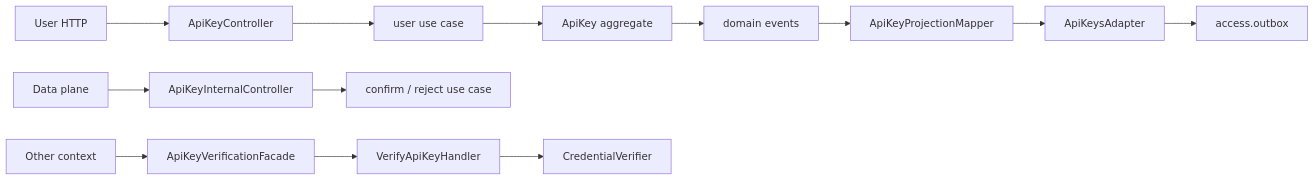
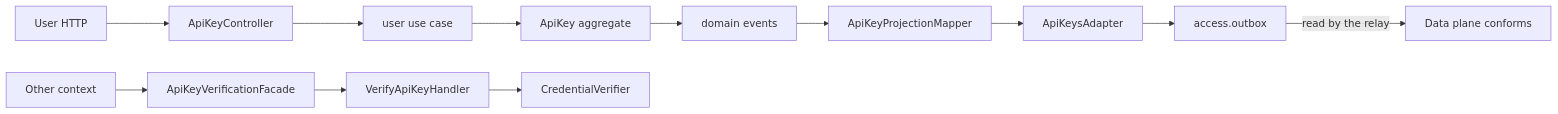
Before and after one commit to Dhiren9939/HQ-Tier0: diagram 14 of 14 in docs/access-context.md, drawn with Mermaid. The commit also changed other lines of this file and 53 other files, not shown here.

First line of the commit message:
refactor(access): drop the confirm/reject handshake and apply every change at once

````diff
--- a/docs/access-context.md
+++ b/docs/access-context.md
@@ -1307,17 +1107,15 @@
 ```mermaid
 flowchart LR
     user["User HTTP"] --> api["ApiKeyController"]
     api --> userUseCase["user use case"]
     userUseCase --> aggregate["ApiKey aggregate"]
     aggregate --> events["domain events"]
     events --> mapper["ApiKeyProjectionMapper"]
     mapper --> adapter["ApiKeysAdapter"]
     adapter --> outbox["access.outbox"]
-
-    plane["Data plane"] --> internal["ApiKeyInternalController"]
-    internal --> serviceUseCase["confirm / reject use case"]
+    outbox -->|"read by the relay"| plane["Data plane conforms"]
 
     other["Other context"] --> facade["ApiKeyVerificationFacade"]
     facade --> verify["VerifyApiKeyHandler"]
     verify --> verifier["CredentialVerifier"]
 ```
````
